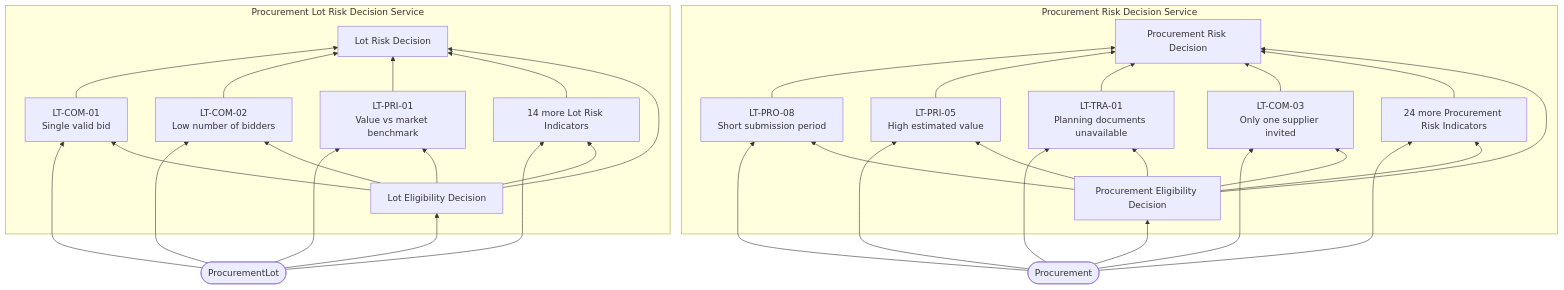
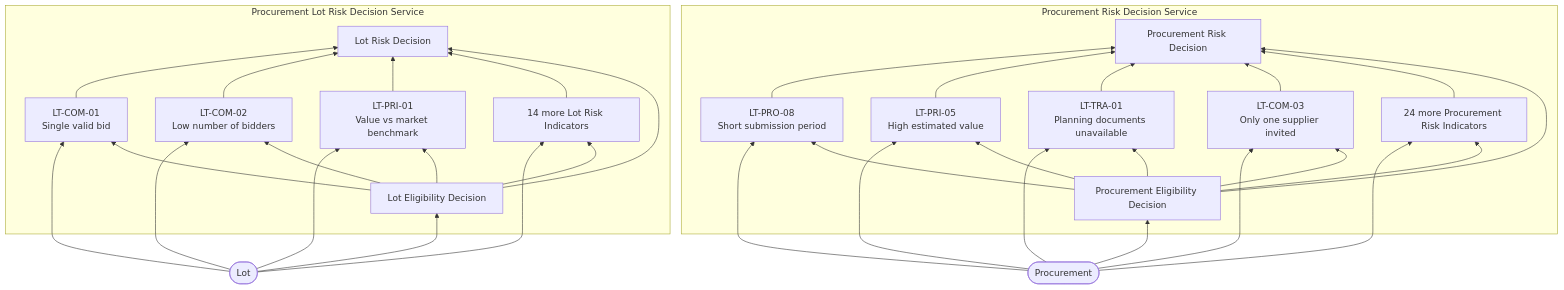
Before and after one commit to Viespirkiu-grupe/viespirkiai: the fifth of 6 diagrams in docs/indicators-story/risk-service-architecture.md, drawn with Mermaid. The commit also changed other lines of this file, not shown here.

````diff
--- a/docs/indicators-story/risk-service-architecture.md
+++ b/docs/indicators-story/risk-service-architecture.md
@@ -176,56 +329,56 @@
 ```mermaid
 flowchart BT
     IDP(["Procurement"])
-    IDL(["ProcurementLot"])
+    IDL(["Lot"])
 
     subgraph DSP["Procurement Risk Decision Service"]
         EDP["Procurement Eligibility Decision"]
         P1["LT-PRO-08<br/>Short submission period"]
         P2["LT-PRI-05<br/>High estimated value"]
         P3["LT-TRA-01<br/>Planning documents unavailable"]
         P4["LT-COM-03<br/>Only one supplier invited"]
         PREST["24 more Procurement Risk Indicators"]
         RDP["Procurement Risk Decision"]
     end
 
     subgraph DSL["Procurement Lot Risk Decision Service"]
         EDL["Lot Eligibility Decision"]
         L1["LT-COM-01<br/>Single valid bid"]
         L2["LT-COM-02<br/>Low number of bidders"]
         L3["LT-PRI-01<br/>Value vs market benchmark"]
         LREST["14 more Lot Risk Indicators"]
         RDL["Lot Risk Decision"]
     end
 
     IDP --> EDP
     IDP --> P1
     IDP --> P2
     IDP --> P3
     IDP --> P4
     IDP --> PREST
     EDP --> P1
     EDP --> P2
     EDP --> P3
     EDP --> P4
     EDP --> PREST
     P1 --> RDP
     P2 --> RDP
     P3 --> RDP
     P4 --> RDP
     PREST --> RDP
     EDP --> RDP
     IDL --> EDL
     IDL --> L1
     IDL --> L2
     IDL --> L3
     IDL --> LREST
     EDL --> L1
     EDL --> L2
     EDL --> L3
     EDL --> LREST
     L1 --> RDL
     L2 --> RDL
     L3 --> RDL
     LREST --> RDL
     EDL --> RDL
 ```
````
